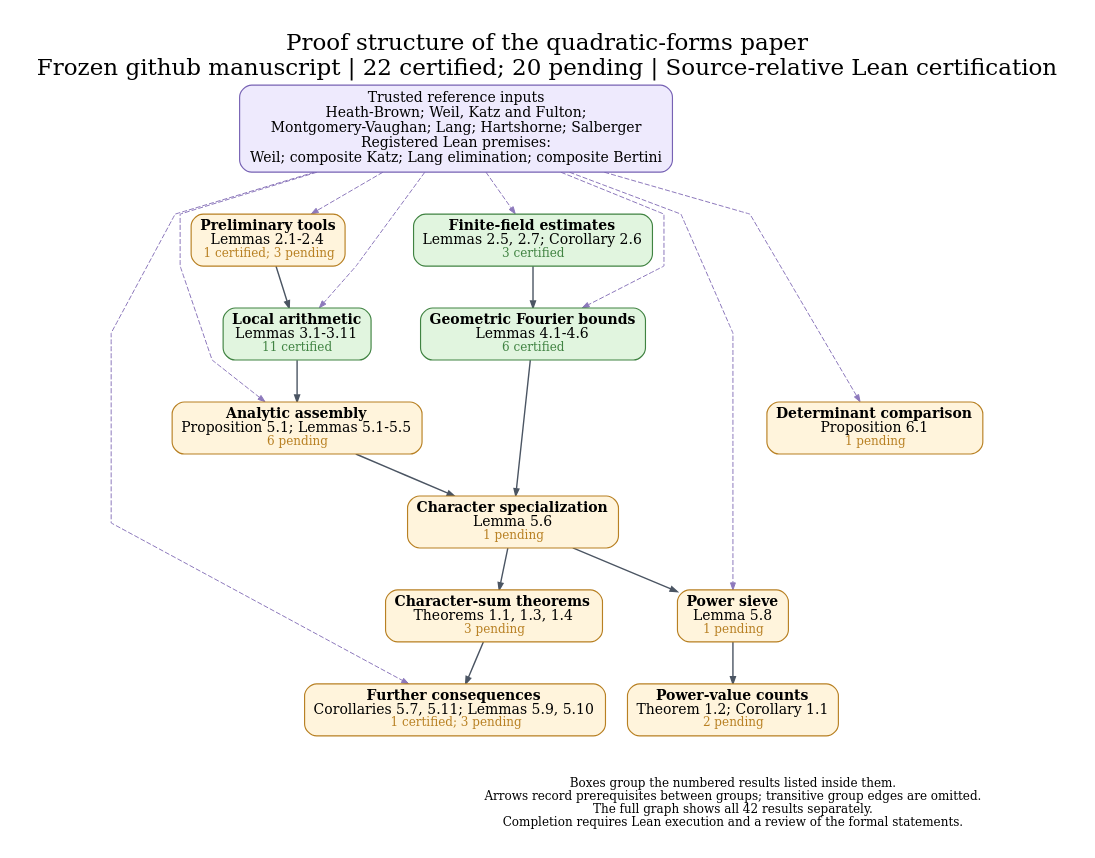
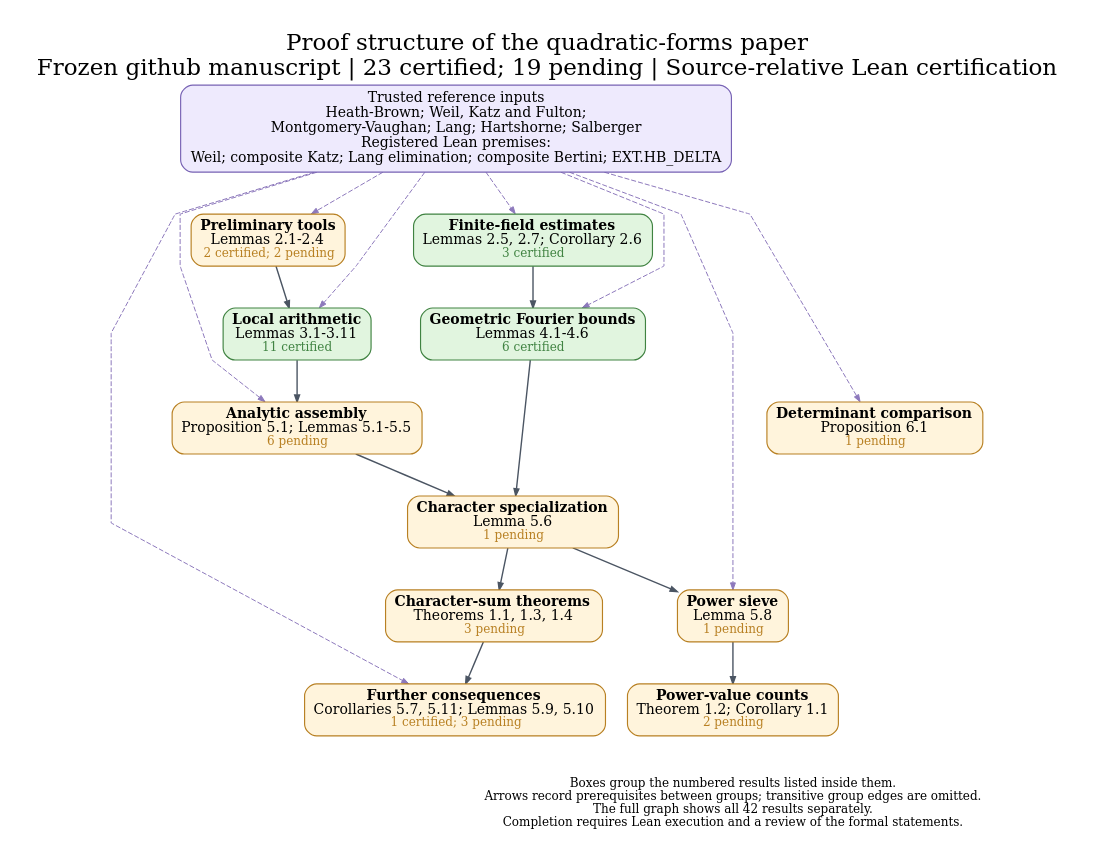
One commit to nicolasrobles/quaternary-quadratic-forms changed the diagram in docs/dependency_overview.dot. Above: the diagram before and after it, drawn with Graphviz. The commit also changed 25 other files, not shown here.

First line of the commit message:
Complete Lemma 2.1 with the fixed Heath–Brown delta kernel

```diff
--- a/docs/dependency_overview.dot
+++ b/docs/dependency_overview.dot
@@ -1,43 +1,43 @@
 digraph Overview {
 graph [rankdir=TB, newrank=true, compound=true, outputorder=edgesfirst,
   bgcolor="white", fontname="DejaVu Serif", fontsize=23, labelloc=t,
-  label="Proof structure of the quadratic-forms paper\nFrozen github manuscript | 22 certified; 20 pending | Source-relative Lean certification",
+  label="Proof structure of the quadratic-forms paper\nFrozen github manuscript | 23 certified; 19 pending | Source-relative Lean certification",
   nodesep=0.30, ranksep=0.58, pad=0.28, splines=polyline];
 node [shape=box, style="rounded,filled", fillcolor="#fff4dc", color="#b88023",
   fontname="DejaVu Serif", fontsize=14, penwidth=1.15, margin="0.12,0.09"];
 edge [color="#4b5563", arrowsize=0.70, penwidth=1.05];
-sources [label="Trusted reference inputs\nHeath-Brown; Weil, Katz and Fulton;\nMontgomery-Vaughan; Lang; Hartshorne; Salberger\nRegistered Lean premises:\nWeil; composite Katz; Lang elimination; composite Bertini", fillcolor="#eeeafd", color="#7762b4", fontsize=14];
-"prelim" [label=<<B>Preliminary tools</B><BR/>Lemmas 2.1-2.4<BR/><FONT POINT-SIZE="12" COLOR="#b88023">1 certified; 3 pending</FONT>>, fillcolor="#fff4dc", color="#b88023", URL="https://github.com/nicolasrobles/quaternary-quadratic-forms/blob/main/INVENTORY.md", target="_blank"];
+sources [label="Trusted reference inputs\nHeath-Brown; Weil, Katz and Fulton;\nMontgomery-Vaughan; Lang; Hartshorne; Salberger\nRegistered Lean premises:\nWeil; composite Katz; Lang elimination; composite Bertini; EXT.HB_DELTA", fillcolor="#eeeafd", color="#7762b4", fontsize=14];
+"prelim" [label=<<B>Preliminary tools</B><BR/>Lemmas 2.1-2.4<BR/><FONT POINT-SIZE="12" COLOR="#b88023">2 certified; 2 pending</FONT>>, fillcolor="#fff4dc", color="#b88023", URL="https://github.com/nicolasrobles/quaternary-quadratic-forms/blob/main/INVENTORY.md", target="_blank"];
 "finite" [label=<<B>Finite-field estimates</B><BR/>Lemmas 2.5, 2.7; Corollary 2.6<BR/><FONT POINT-SIZE="12" COLOR="#408342">3 certified</FONT>>, fillcolor="#e1f5df", color="#408342", URL="https://github.com/nicolasrobles/quaternary-quadratic-forms/blob/main/INVENTORY.md", target="_blank"];
 "local" [label=<<B>Local arithmetic</B><BR/>Lemmas 3.1-3.11<BR/><FONT POINT-SIZE="12" COLOR="#408342">11 certified</FONT>>, fillcolor="#e1f5df", color="#408342", URL="https://github.com/nicolasrobles/quaternary-quadratic-forms/blob/main/INVENTORY.md", target="_blank"];
 "fourier" [label=<<B>Geometric Fourier bounds</B><BR/>Lemmas 4.1-4.6<BR/><FONT POINT-SIZE="12" COLOR="#408342">6 certified</FONT>>, fillcolor="#e1f5df", color="#408342", URL="https://github.com/nicolasrobles/quaternary-quadratic-forms/blob/main/INVENTORY.md", target="_blank"];
 "analytic" [label=<<B>Analytic assembly</B><BR/>Proposition 5.1; Lemmas 5.1-5.5<BR/><FONT POINT-SIZE="12" COLOR="#b88023">6 pending</FONT>>, fillcolor="#fff4dc", color="#b88023", URL="https://github.com/nicolasrobles/quaternary-quadratic-forms/blob/main/INVENTORY.md", target="_blank"];
 "characters" [label=<<B>Character specialization</B><BR/>Lemma 5.6<BR/><FONT POINT-SIZE="12" COLOR="#b88023">1 pending</FONT>>, fillcolor="#fff4dc", color="#b88023", URL="https://github.com/nicolasrobles/quaternary-quadratic-forms/blob/main/INVENTORY.md", target="_blank"];
 "sieve" [label=<<B>Power sieve</B><BR/>Lemma 5.8<BR/><FONT POINT-SIZE="12" COLOR="#b88023">1 pending</FONT>>, fillcolor="#fff4dc", color="#b88023", URL="https://github.com/nicolasrobles/quaternary-quadratic-forms/blob/main/INVENTORY.md", target="_blank"];
 "consequences" [label=<<B>Further consequences</B><BR/>Corollaries 5.7, 5.11; Lemmas 5.9, 5.10<BR/><FONT POINT-SIZE="12" COLOR="#b88023">1 certified; 3 pending</FONT>>, fillcolor="#fff4dc", color="#b88023", URL="https://github.com/nicolasrobles/quaternary-quadratic-forms/blob/main/INVENTORY.md", target="_blank"];
 "maincharacters" [label=<<B>Character-sum theorems</B><BR/>Theorems 1.1, 1.3, 1.4<BR/><FONT POINT-SIZE="12" COLOR="#b88023">3 pending</FONT>>, fillcolor="#fff4dc", color="#b88023", URL="https://github.com/nicolasrobles/quaternary-quadratic-forms/blob/main/INVENTORY.md", target="_blank"];
 "mainpowers" [label=<<B>Power-value counts</B><BR/>Theorem 1.2; Corollary 1.1<BR/><FONT POINT-SIZE="12" COLOR="#b88023">2 pending</FONT>>, fillcolor="#fff4dc", color="#b88023", URL="https://github.com/nicolasrobles/quaternary-quadratic-forms/blob/main/INVENTORY.md", target="_blank"];
 "fixed" [label=<<B>Determinant comparison</B><BR/>Proposition 6.1<BR/><FONT POINT-SIZE="12" COLOR="#b88023">1 pending</FONT>>, fillcolor="#fff4dc", color="#b88023", URL="https://github.com/nicolasrobles/quaternary-quadratic-forms/blob/main/INVENTORY.md", target="_blank"];
 "analytic" -> "characters" [penwidth=1.4];
 "characters" -> "maincharacters" [penwidth=1.4];
 "characters" -> "sieve" [penwidth=1.4];
 "finite" -> "fourier" [penwidth=1.4];
 "fourier" -> "characters" [penwidth=1.4];
 "local" -> "analytic" [penwidth=1.4];
 "maincharacters" -> "consequences" [penwidth=1.4];
 "prelim" -> "local" [penwidth=1.4];
 "sieve" -> "mainpowers" [penwidth=1.4];
 sources -> "analytic" [style=dashed, color="#8d79bc", penwidth=1.0];
 sources -> "consequences" [style=dashed, color="#8d79bc", penwidth=1.0];
 sources -> "finite" [style=dashed, color="#8d79bc", penwidth=1.0];
 sources -> "fixed" [style=dashed, color="#8d79bc", penwidth=1.0];
 sources -> "fourier" [style=dashed, color="#8d79bc", penwidth=1.0];
 sources -> "local" [style=dashed, color="#8d79bc", penwidth=1.0];
 sources -> "prelim" [style=dashed, color="#8d79bc", penwidth=1.0];
 sources -> "sieve" [style=dashed, color="#8d79bc", penwidth=1.0];
 legend [shape=plain, style="", label="Boxes group the numbered results listed inside them.\nArrows record prerequisites between groups; transitive group edges are omitted.\nThe full graph shows all 42 results separately.\nCompletion requires Lean execution and a review of the formal statements.", fontsize=12];
 {rank=sink; legend;}
 "consequences" -> legend [style=invis];
 "fixed" -> legend [style=invis];
 "mainpowers" -> legend [style=invis];
 }
```
